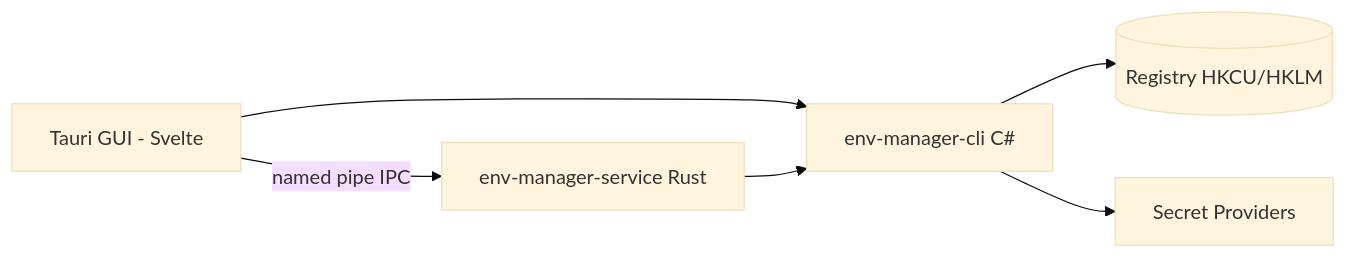
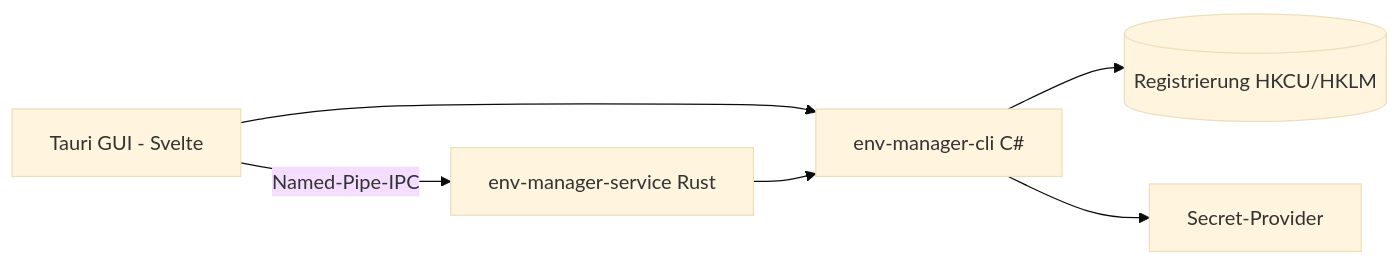
The diagram in docs/i18n/README.de.md (Xxx91n/env-manager), drawn with Mermaid (base theme) before and after one commit. The commit also changed other lines of this file and 2 other files, not shown here.

````diff
--- a/docs/i18n/README.de.md
+++ b/docs/i18n/README.de.md
@@ -152,8 +150,8 @@
 ```mermaid
 flowchart LR
-    GUI[Tauri GUI - Svelte] -->|named pipe IPC| SVC[env-manager-service Rust]
+    GUI[Tauri GUI - Svelte] -->|Named-Pipe-IPC| SVC[env-manager-service Rust]
     GUI --> CLI[env-manager-cli C#]
     SVC --> CLI
-    CLI --> REG[(Registry HKCU/HKLM)]
-    CLI --> SEC[Secret Providers]
+    CLI --> REG[(Registrierung HKCU/HKLM)]
+    CLI --> SEC[Secret-Provider]
 ```
````
